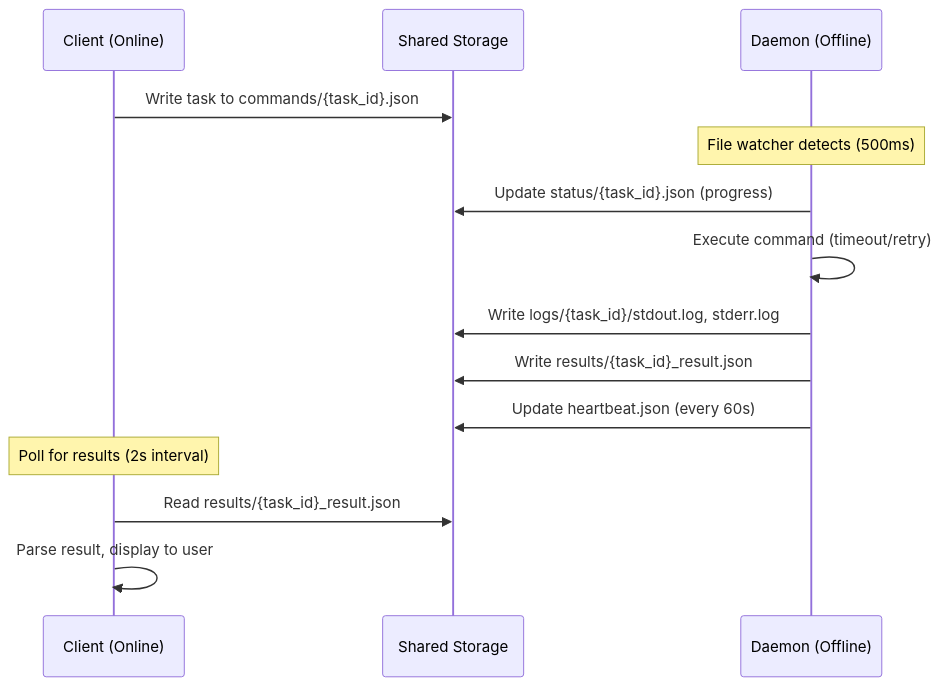
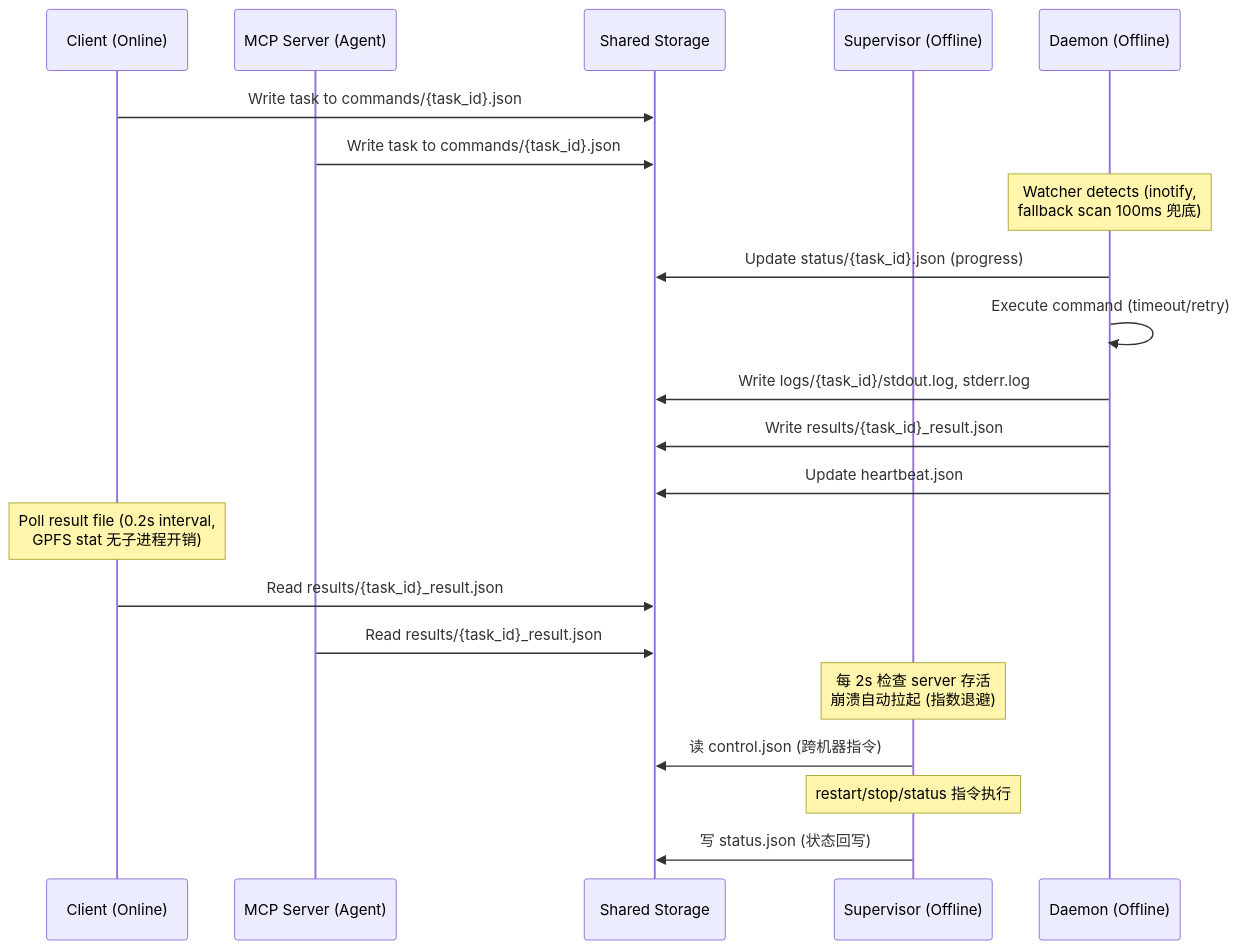
One commit to peterlau123/bifrost changed the second of 2 diagrams in README.md. Above: the diagram before and after it, drawn with Mermaid. The commit also changed other lines of this file, not shown here.

Commit message:
docs: 更新 Architecture/Workflow 图 + Key Features + 目录结构

````diff
--- a/README.md
+++ b/README.md
@@ -133,17 +144,24 @@
 ```mermaid
 sequenceDiagram
     participant C as Client (Online)
+    participant M as MCP Server (Agent)
     participant S as Shared Storage
+    participant V as Supervisor (Offline)
     participant D as Daemon (Offline)
     
     C->>S: Write task to commands/{task_id}.json
-    Note over D: File watcher detects (500ms)
+    M->>S: Write task to commands/{task_id}.json
+    Note over D: Watcher detects (inotify,<br/>fallback scan 100ms 兜底)
     D->>S: Update status/{task_id}.json (progress)
     D->>D: Execute command (timeout/retry)
     D->>S: Write logs/{task_id}/stdout.log, stderr.log
     D->>S: Write results/{task_id}_result.json
-    D->>S: Update heartbeat.json (every 60s)
-    Note over C: Poll for results (2s interval)
+    D->>S: Update heartbeat.json
+    Note over C: Poll result file (0.2s interval,<br/>GPFS stat 无子进程开销)
     C->>S: Read results/{task_id}_result.json
-    C->>C: Parse result, display to user
+    M->>S: Read results/{task_id}_result.json
+    Note over V: 每 2s 检查 server 存活<br/>崩溃自动拉起 (指数退避)
+    V->>S: 读 control.json (跨机器指令)
+    Note over V: restart/stop/status 指令执行
+    V->>S: 写 status.json (状态回写)
 ```
````
